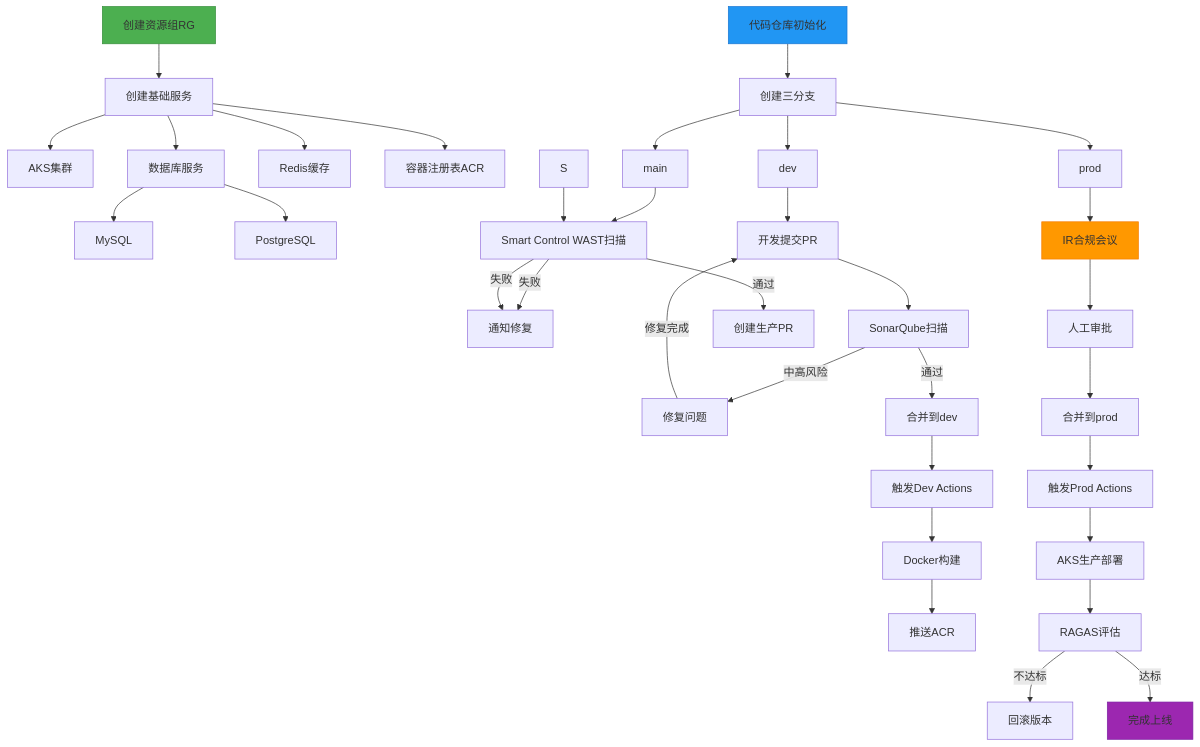
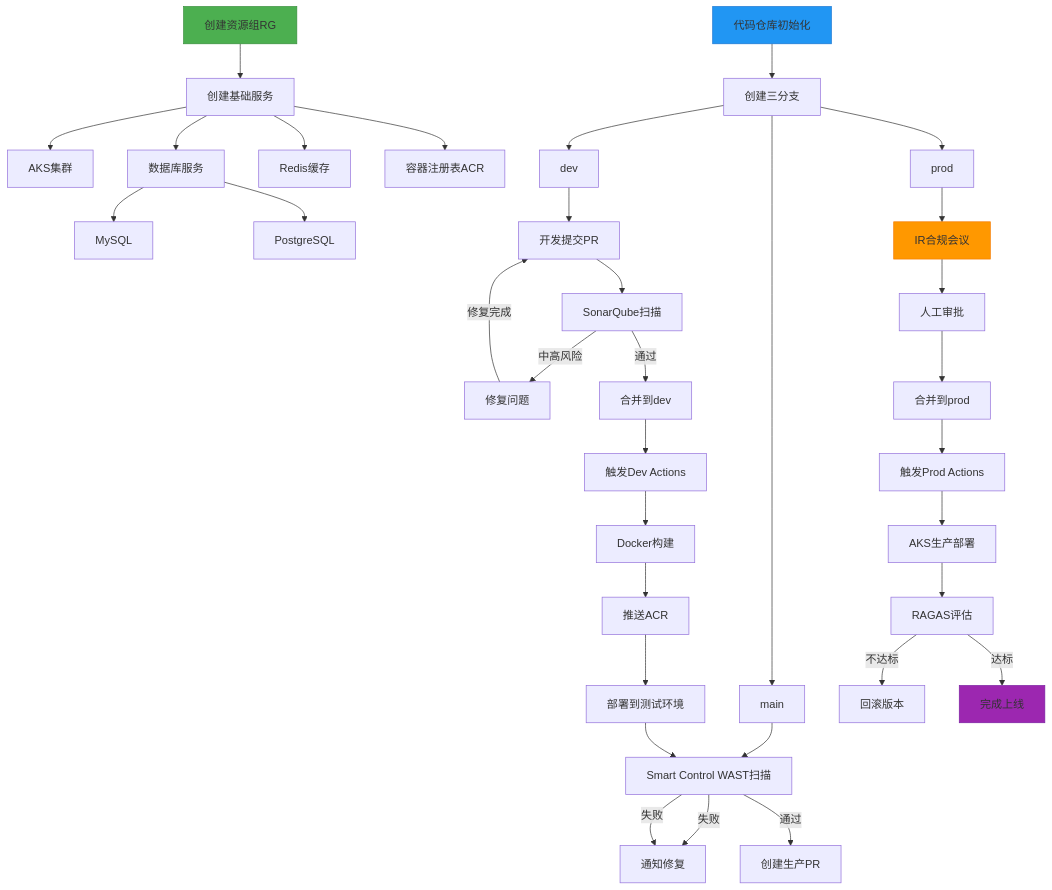
One commit to funnyData/iodraw-files changed the diagram in all/未命名-1.md. Above: the diagram before and after it, drawn with Mermaid.

Commit message:
2025-02-27 09:11:33 update

````diff
--- a/all/未命名-1.md
+++ b/all/未命名-1.md
@@ -1,54 +1,54 @@
 ```mermaid
 graph TD
     A[创建资源组RG] --> B[创建基础服务]
     B --> C[AKS集群]
     B --> D[数据库服务]
     D --> DA[MySQL]
     D --> DB[PostgreSQL]
     B --> E[Redis缓存]
     B --> F[容器注册表ACR]
     
     G[代码仓库初始化] --> H[创建三分支]
     H --> I[dev]
     H --> J[main]
     H --> K[prod]
     K --> W[IR合规会议]
     J --> T[Smart Control WAST扫描]
     T -->|失败| U[通知修复]
     I --> L[开发提交PR]
     L --> M[SonarQube扫描]
     M -->|中高风险| N[修复问题]
     N -->|修复完成|L
     M -->|通过| O[合并到dev]
     
     O --> P[触发Dev Actions]
     P --> Q[Docker构建]
     Q --> R[推送ACR]
-    %% R --> S署到测试环境][部
+    R --> S[部署到测试环境]
     
     S --> T[Smart Control WAST扫描]
     T -->|失败| U[通知修复]
 
     
     T -->|通过| V[创建生产PR]
 
     
     %% V --> W[IR合规会议]
     W --> X[人工审批]
     X --> Y[合并到prod]
     
     Y --> Z[触发Prod Actions]
     Z --> AC[AKS生产部署]
     %% Z --> AA[安全扫描]
     %% AA -->|高风险| AB[终止部署]
     %% AA -->|通过| AC[AKS生产部署]
     
     AC --> AD[RAGAS评估]
     AD -->|不达标| AE[回滚版本]
     AD -->|达标| AF[完成上线]
     
     style A fill:#4CAF50,stroke:#388E3C
     style G fill:#2196F3,stroke:#1976D2
     style W fill:#FF9800,stroke:#F57C00
     style AF fill:#9C27B0,stroke:#7B1FA2
 ```
````
